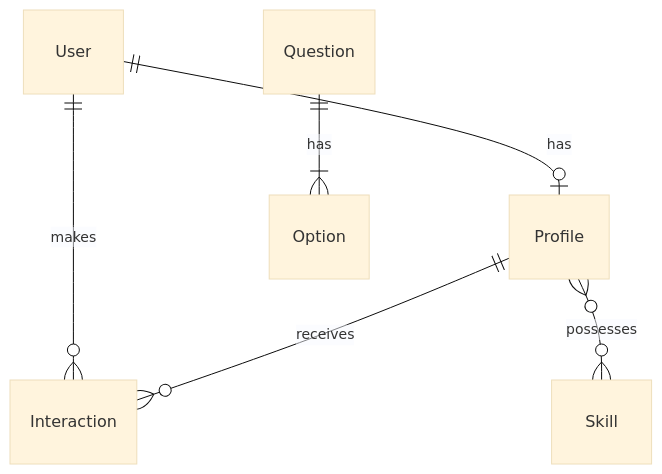
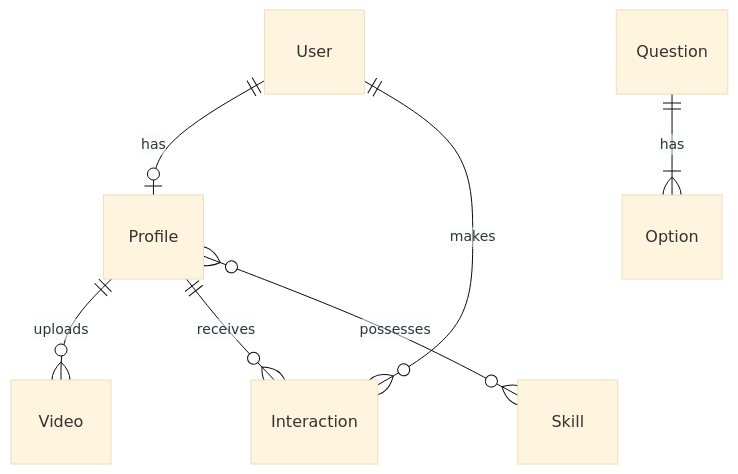
Before and after one commit to Nexlein/Survivor-ProfilsActifs: the diagram in docs/architecture.md, drawn with Mermaid (base theme). The commit also changed 5 other files, not shown here.

Commit message:
feat: legal compliance updates (schema + docs)

````diff
--- a/docs/architecture.md
+++ b/docs/architecture.md
@@ -19,8 +19,9 @@
 ```mermaid
 erDiagram
     User ||--o| Profile : has
+    Profile ||--o{ Video : uploads
     User ||--o{ Interaction : makes
     Profile ||--o{ Interaction : receives
     Profile }o--o{ Skill : possesses
     Question ||--|{ Option : has
 ```
````
